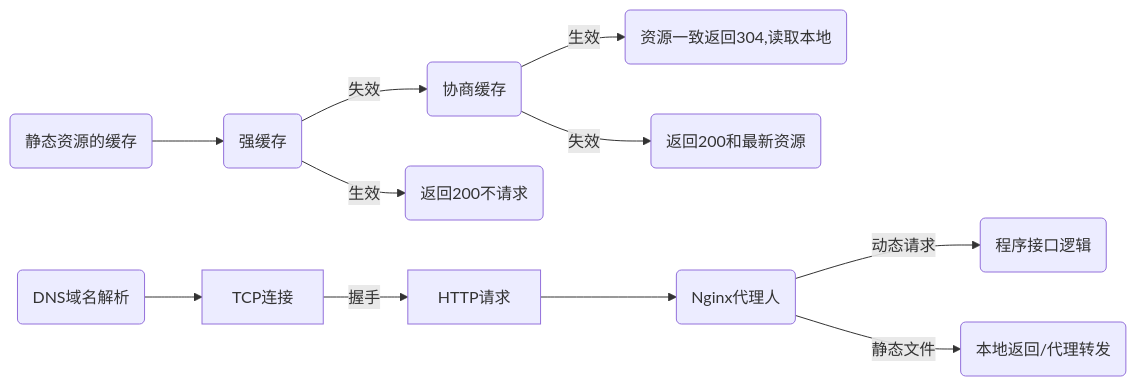
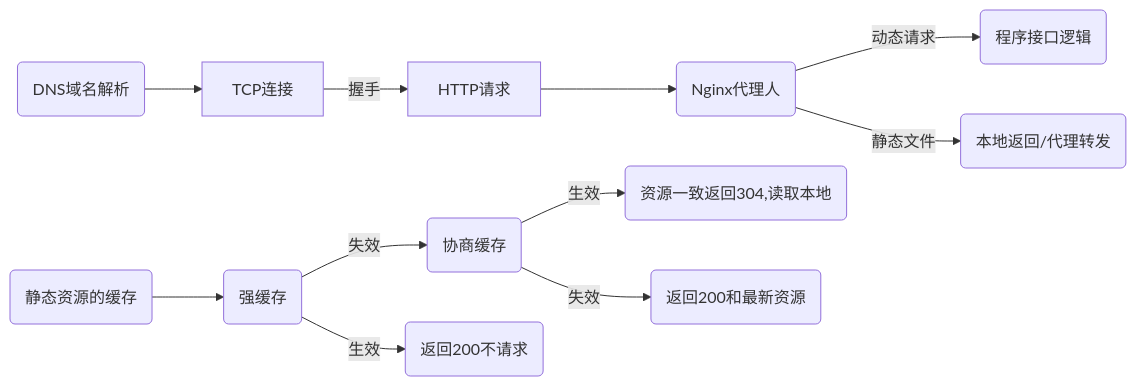
Before and after one commit to huiruo/programming-tech-website: the first of 3 diagrams in programming-tech/http-browserCache/01-浏览器请求-渲染的流程.md, drawn with Mermaid. The commit also changed other lines of this file and 35 other files, not shown here.

````diff
--- a/programming-tech/http-browserCache/01-浏览器请求-渲染的流程.md
+++ b/programming-tech/http-browserCache/01-浏览器请求-渲染的流程.md
@@ -8,13 +8,13 @@
 ```mermaid
 flowchart LR
+
+B1(DNS域名解析)-->TCP连接--握手-->HTTP请求-->Aa(Nginx代理人)
+
+Aa--动态请求-->c1(程序接口逻辑)
+Aa--静态文件-->c2(本地返回/代理转发)
 
 A1(静态资源的缓存)-->A2(强缓存)--失效-->A3(协商缓存)--生效-->A4("资源一致返回304,读取本地")
 
 A2--生效-->A21(返回200不请求)
 A3--失效-->A31(返回200和最新资源)
-
-B1(DNS域名解析)-->TCP连接--握手-->HTTP请求-->Aa(Nginx代理人)
-
-Aa--动态请求-->c1(程序接口逻辑)
-Aa--静态文件-->c2(本地返回/代理转发)
 ```
````
